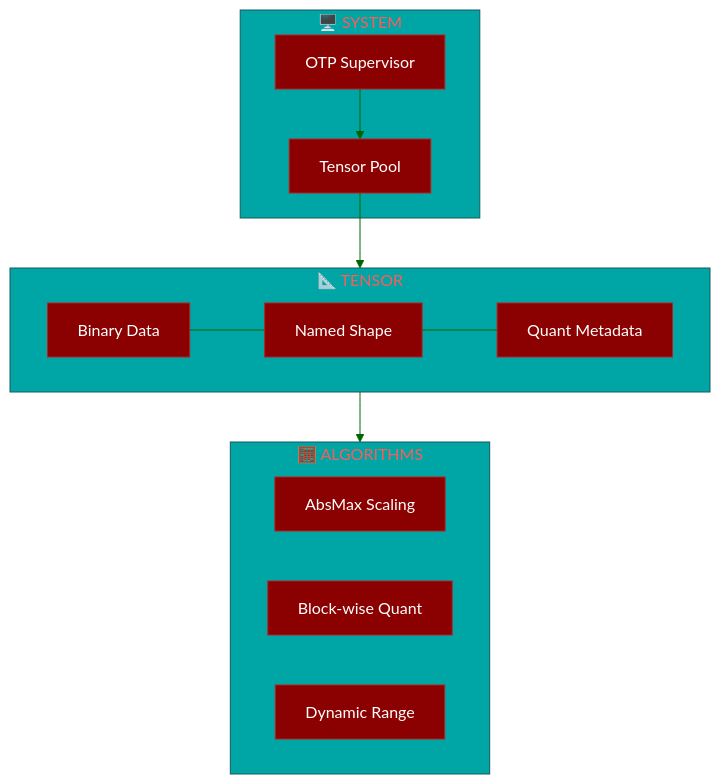
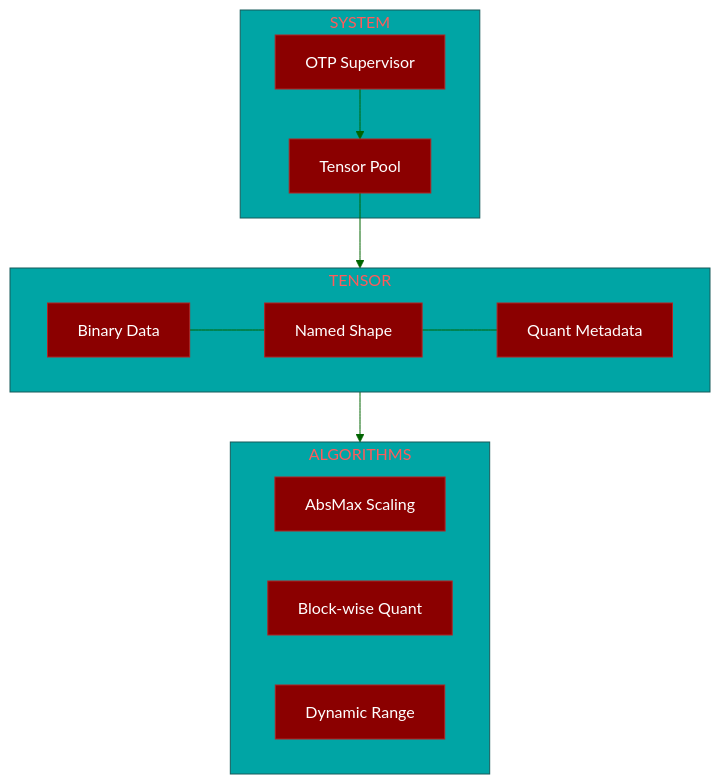
One commit to gabrielmaialva33/viva_tensor changed the second of 2 diagrams in README.md. Above: the diagram before and after it, drawn with Mermaid. The commit also changed other lines of this file and 19 other files, not shown here.

````diff
--- a/README.md
+++ b/README.md
@@ -109,25 +106,25 @@
 ```mermaid
 %%{init: {'theme': 'base', 'themeVariables': { 'primaryColor': '#8B0000', 'primaryTextColor': '#fff', 'primaryBorderColor': '#B22222', 'lineColor': '#006400', 'secondaryColor': '#228B22'}}}%%
 graph TB
-    subgraph SYSTEM["🖥️ SYSTEM"]
+    subgraph SYSTEM["SYSTEM"]
         OTP[OTP Supervisor]
         OTP --> POOL[Tensor Pool]
     end
 
-    subgraph TENSOR["📐 TENSOR"]
+    subgraph TENSOR["TENSOR"]
         DATA[Binary Data]
         SHAPE[Named Shape]
         META[Quant Metadata]
         DATA --- SHAPE
         SHAPE --- META
     end
 
-    subgraph ALGO["🧮 ALGORITHMS"]
+    subgraph ALGO["ALGORITHMS"]
         ABS[AbsMax Scaling]
         BLK[Block-wise Quant]
         DYN[Dynamic Range]
     end
 
     POOL --> TENSOR
     TENSOR --> ALGO
 ```
````
